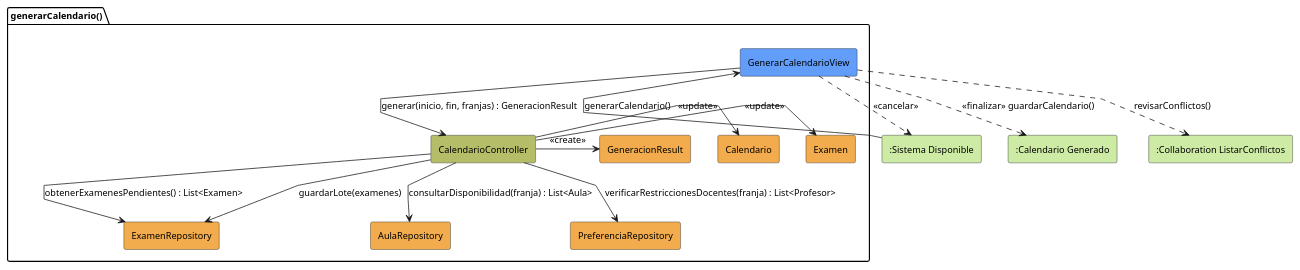
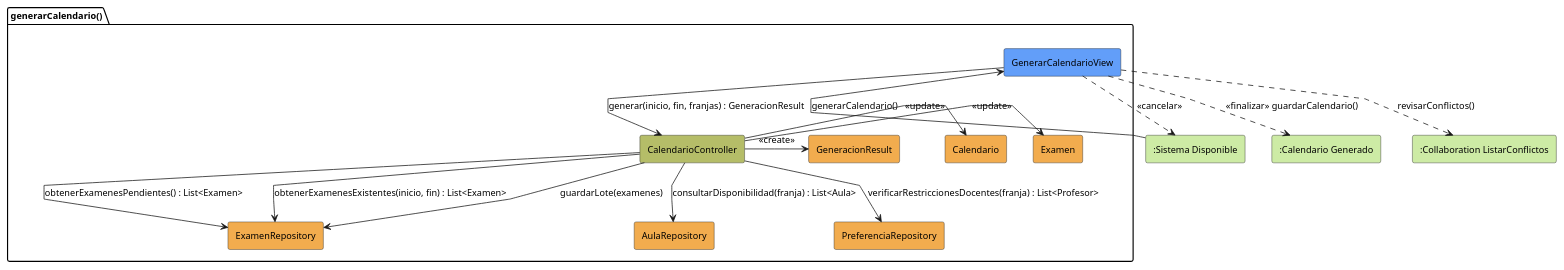
One commit to carlos-alvarado-25/25-26-idsw2-sdVC changed the diagram in modelosUML/01-analisis/casos-uso/generarCalendario/colaboracion.puml. Above: the diagram before and after it, drawn with PlantUML. The commit also changed 38 other files, not shown here.

```diff
--- a/modelosUML/01-analisis/casos-uso/generarCalendario/colaboracion.puml
+++ b/modelosUML/01-analisis/casos-uso/generarCalendario/colaboracion.puml
@@ -1,41 +1,42 @@
 @startuml generarCalendario-analisis
 skinparam backgroundColor white
 skinparam shadowing false
 skinparam DefaultFontColor black
 skinparam DefaultFontSize 12
 skinparam linetype polyline
 
 rectangle #CDEBA5 ":Sistema Disponible" as SistemaDisponible
 
 package generarCalendario as "generarCalendario()" {
     rectangle #629EF9 GenerarCalendarioView
     rectangle #b5bd68 CalendarioController
     rectangle #F2AC4E ExamenRepository
     rectangle #F2AC4E AulaRepository
     rectangle #F2AC4E PreferenciaRepository
     rectangle #F2AC4E Calendario
     rectangle #F2AC4E Examen
     rectangle #F2AC4E GeneracionResult
 }
 
 rectangle #CDEBA5 ":Calendario Generado" as CalendarioGenerado
 rectangle #CDEBA5 ":Collaboration ListarConflictos" as ListarConflictos
 
 SistemaDisponible -r-> GenerarCalendarioView: generarCalendario()
 
 GenerarCalendarioView -d-> CalendarioController: generar(inicio, fin, franjas) : GeneracionResult
 
 CalendarioController -d-> ExamenRepository: obtenerExamenesPendientes() : List<Examen>
+CalendarioController -d-> ExamenRepository: obtenerExamenesExistentes(inicio, fin) : List<Examen>
 CalendarioController -d-> AulaRepository: consultarDisponibilidad(franja) : List<Aula>
 CalendarioController -d-> PreferenciaRepository: verificarRestriccionesDocentes(franja) : List<Profesor>
 
 CalendarioController -r-> Examen: <<update>>
 CalendarioController -r-> Calendario: <<update>>
 CalendarioController -d-> ExamenRepository: guardarLote(examenes)
 CalendarioController -r-> GeneracionResult: <<create>>
 
 GenerarCalendarioView ..> CalendarioGenerado: <<finalizar>> guardarCalendario()
 GenerarCalendarioView ..> ListarConflictos: revisarConflictos()
 GenerarCalendarioView ..> SistemaDisponible: <<cancelar>>
 
 @enduml
```
